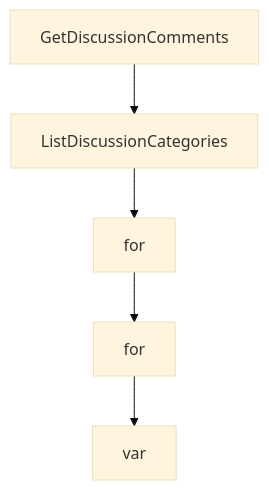
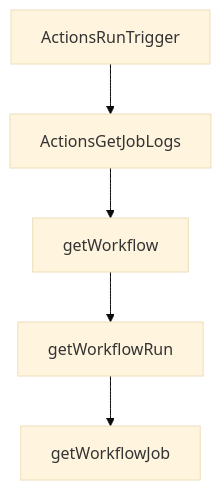
One commit to johnxie/awesome-code-docs changed the diagram in tutorials/github-mcp-server-tutorial/04-toolsets-tools-and-dynamic-discovery.md. Above: the diagram before and after it, drawn with Mermaid (base theme). The commit also changed other lines of this file and 1232 other files, not shown here.

````diff
--- a/tutorials/github-mcp-server-tutorial/04-toolsets-tools-and-dynamic-discovery.md
+++ b/tutorials/github-mcp-server-tutorial/04-toolsets-tools-and-dynamic-discovery.md
@@ -216,12 +214,12 @@
 ```mermaid
 flowchart TD
-    A[GetDiscussionComments]
-    B[ListDiscussionCategories]
-    C[for]
-    D[for]
-    E[var]
+    A[ActionsRunTrigger]
+    B[ActionsGetJobLogs]
+    C[getWorkflow]
+    D[getWorkflowRun]
+    E[getWorkflowJob]
     A --> B
     B --> C
     C --> D
     D --> E
 ```
````
